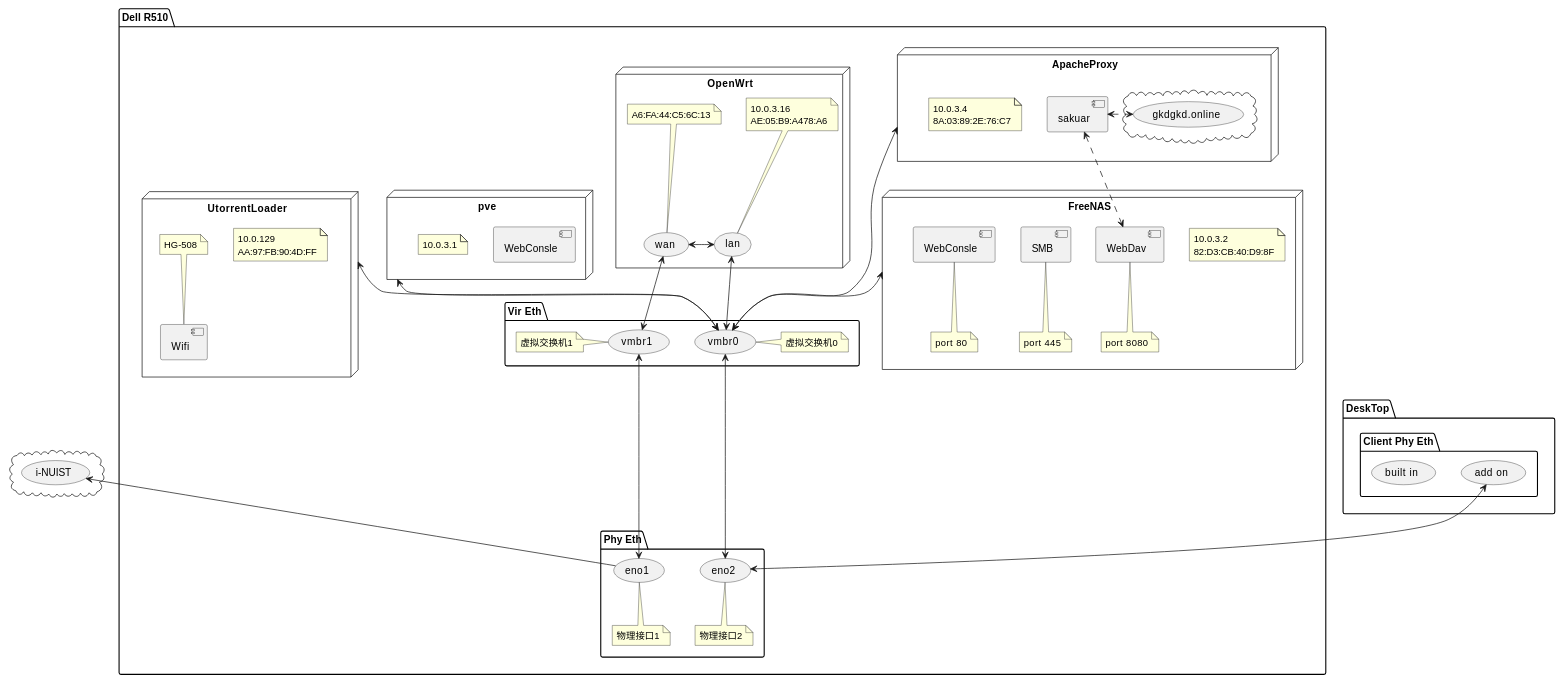
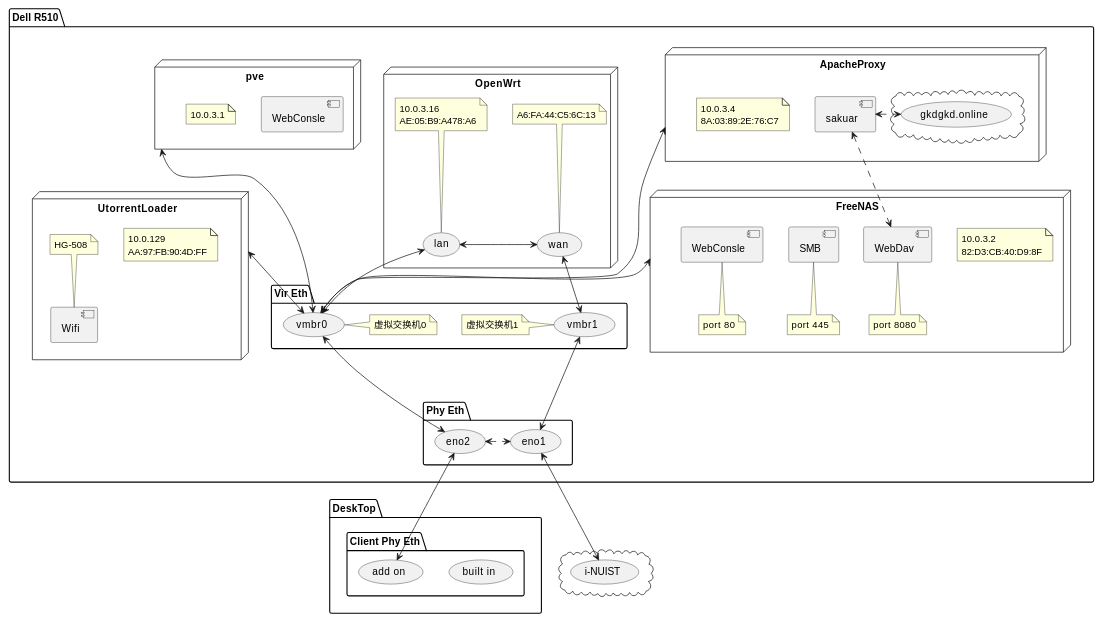
Before and after one commit to A0nameless0man/Pile: the first of 3 diagrams in Notes/MyServer.md, drawn with PlantUML.

Commit message:
improve graph

````diff
--- a/Notes/MyServer.md
+++ b/Notes/MyServer.md
@@ -5,72 +5,70 @@
 ```puml
 scale 0.8
 cloud {
 (i-NUIST) as eth
 }
 
 package "Dell R510"{
   package "Phy Eth"{
     (eno1) as pe1
-    note bottom: 物理接口1
     (eno2) as pe2
-    note bottom: 物理接口2
   }
   package "Vir Eth"{
     (vmbr0) as ve0
     note right: 虚拟交换机0
     (vmbr1) as ve1
     note left: 虚拟交换机1
   }
   node "FreeNAS" as fn{
     note "10.0.3.2\n82:D3:CB:40:D9:8F" as fnaddr
     [WebDav] as WebDav
     note bottom : port 8080
     [SMB] as smb
     note bottom : port 445
     [WebConsle] as fnwc
     note bottom : port 80
   }
   node ApacheProxy as ap{
     note "10.0.3.4\n8A:03:89:2E:76:C7" as apaddr
     cloud {
       (gkdgkd.online) as gkd
     }
     [sakuar] as sa
     sa <.> gkd
   }
   node UtorrentLoader as ul{
     note "10.0.129\nAA:97:FB:90:4D:FF" as uladdr
     [Wifi] as wifi
     note top : HG-508
   }
   node "OpenWrt" as ow{
     (lan)
     note top : 10.0.3.16\nAE:05:B9:A478:A6
     (wan)
     note top : A6:FA:44:C5:6C:13
     (lan) <-> (wan)
   }
   node pve{
     [WebConsle] as wc
     note "10.0.3.1" as pveaddr
   }
   ve0 <-d--> pe2
   ve1 <-d--> pe1
   ve0 <-u-> lan
   ve1 <-u-> wan
   sa <.-> WebDav
   fn <--> ve0
   ap <--> ve0
   ul <--> ve0
-  pve <--> ve0
+  pve <---> ve0
 }
 package "DeskTop" as client{
     package "Client Phy Eth"{
     (built in) as cpe1
     (add on) as cpe2
   }
 }
-
-pe2 <-u-> cpe2
-pe1 -u-> eth
+pe2 <-.r-> pe1
+pe2 <-d-> cpe2
+pe1 <-d-> eth
 ```
````
